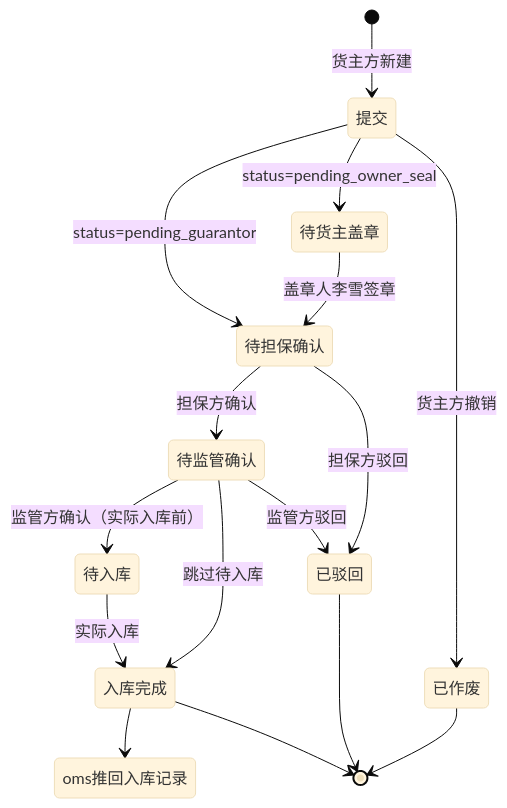
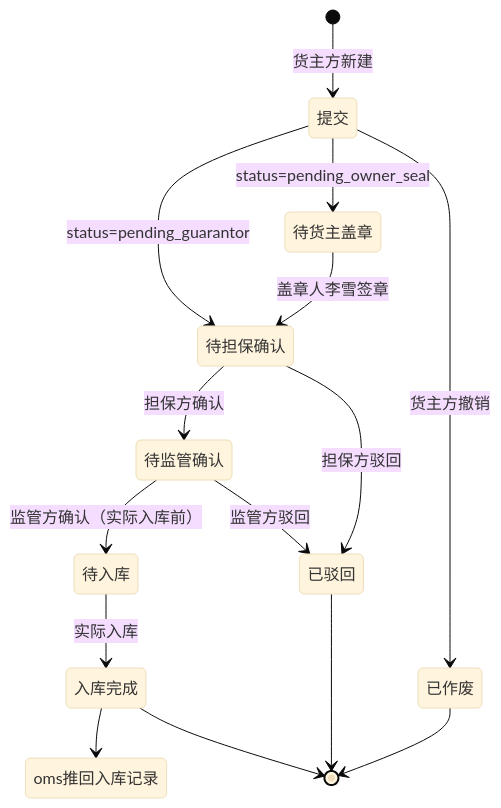
The diagram in docs/大河智链PRD汇总/入库申请7_13-设计文档.md (Ummyue/dhzl-supply-chain), drawn with Mermaid (base theme) before and after one commit. The commit also changed other lines of this file and 10 other files, not shown here.

````diff
--- a/docs/大河智链PRD汇总/入库申请7_13-设计文档.md
+++ b/docs/大河智链PRD汇总/入库申请7_13-设计文档.md
@@ -14,18 +14,18 @@
 ```mermaid
 stateDiagram-v2
     [*] --> 提交 : 货主方新建
     提交 --> 待货主盖章 : status=pending_owner_seal
     提交 --> 待担保确认 : status=pending_guarantor
     待货主盖章 --> 待担保确认 : 盖章人李雪签章
     待担保确认 --> 待监管确认 : 担保方确认
     待监管确认 --> 待入库 : 监管方确认（实际入库前）
     待入库 --> 入库完成 : 实际入库
-    待监管确认 --> 入库完成 : 跳过待入库
+
     入库完成 --> oms推回入库记录
     待监管确认 --> 已驳回 : 监管方驳回
     待担保确认 --> 已驳回 : 担保方驳回
     提交 --> 已作废 : 货主方撤销
     入库完成 --> [*]
     已驳回 --> [*]
     已作废 --> [*]
 ```
````
